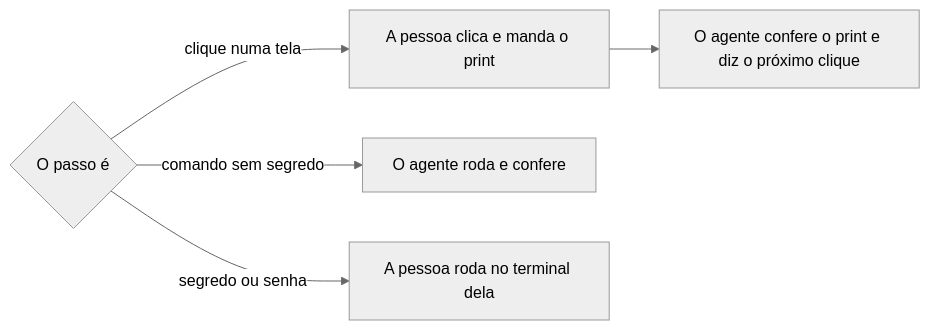
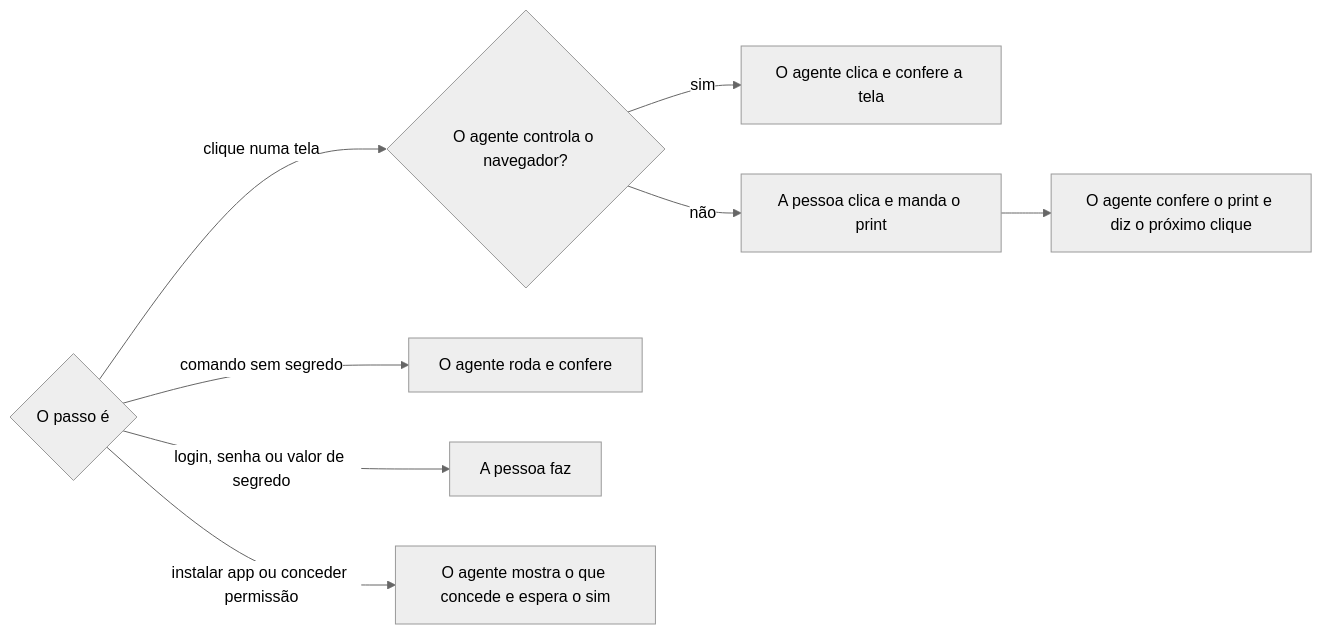
Before and after one commit to jimmyandrade/harness: the diagram in .agents/skills/configurar-harness-de-negocio/SKILL.md, drawn with Mermaid (neutral theme). The commit also changed other lines of this file and 2 other files, not shown here.

````diff
--- a/.agents/skills/configurar-harness-de-negocio/SKILL.md
+++ b/.agents/skills/configurar-harness-de-negocio/SKILL.md
@@ -55,7 +56,10 @@
 ```mermaid
 flowchart LR
-  P{O passo é} -->|clique numa tela| A[A pessoa clica e manda o print]
+  P{O passo é} -->|clique numa tela| N{O agente controla o navegador?}
+  N -->|sim| A[O agente clica e confere a tela]
+  N -->|não| M[A pessoa clica e manda o print]
+  M --> D[O agente confere o print e diz o próximo clique]
   P -->|comando sem segredo| B[O agente roda e confere]
-  P -->|segredo ou senha| C[A pessoa roda no terminal dela]
-  A --> D[O agente confere o print e diz o próximo clique]
+  P -->|login, senha ou valor de segredo| C[A pessoa faz]
+  P -->|instalar app ou conceder permissão| S[O agente mostra o que concede e espera o sim]
 ```
````
